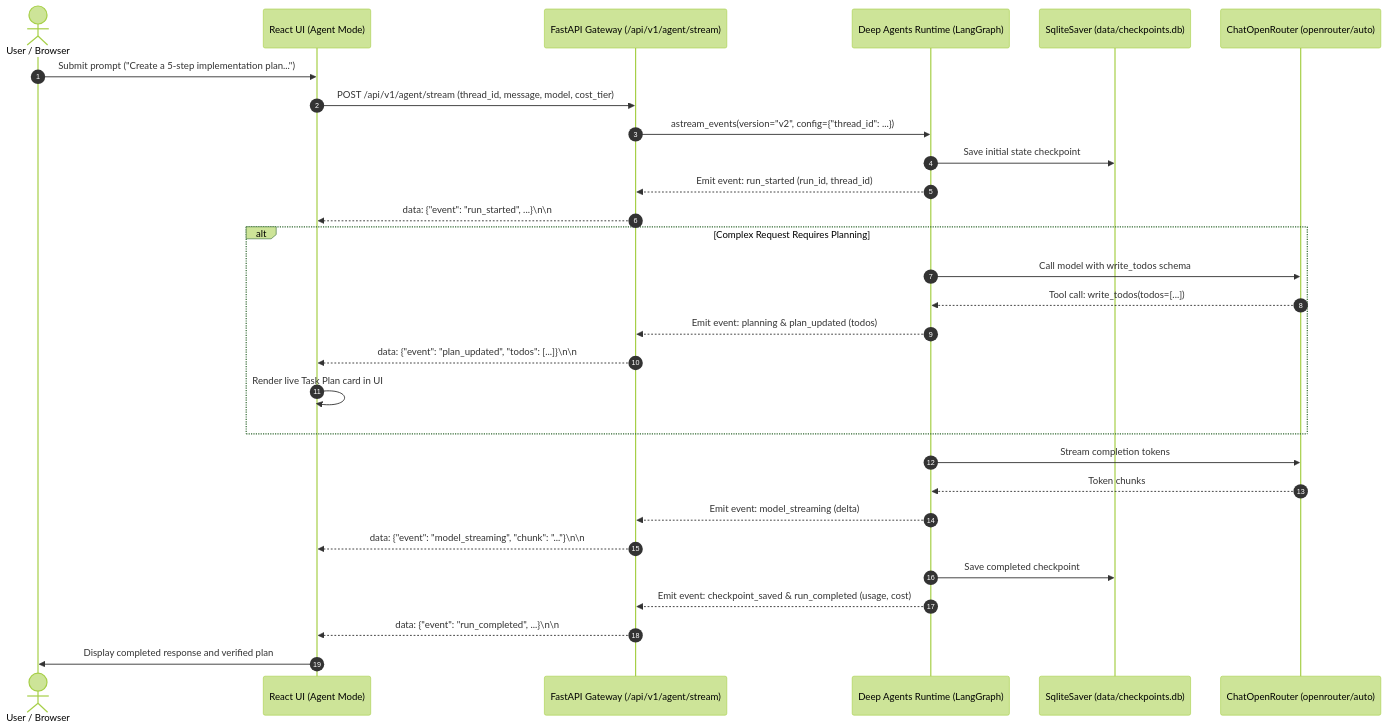
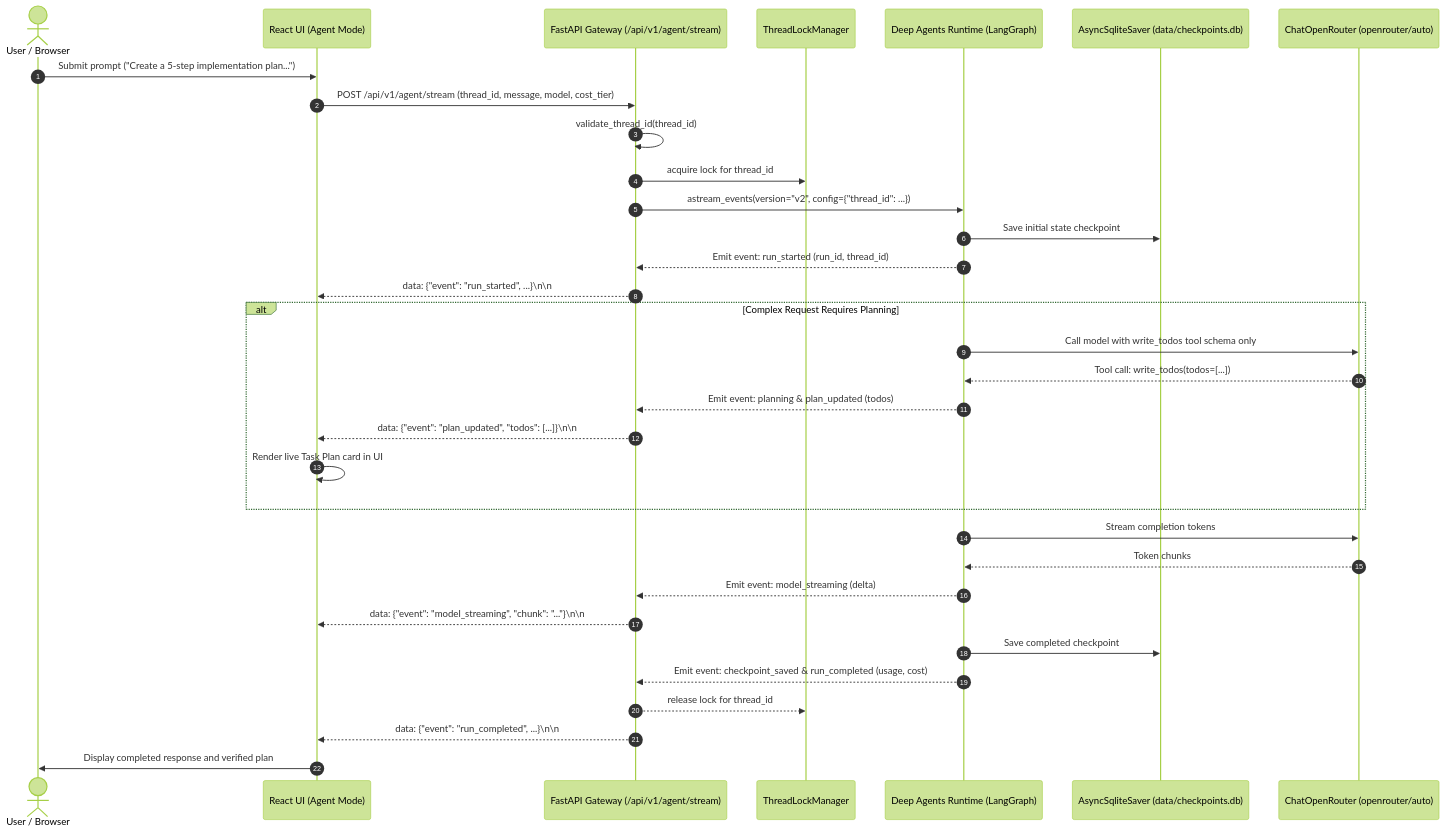
One commit to Aryramy/javed changed the diagram in docs/bricks/BRICK-004.md. Above: the diagram before and after it, drawn with Mermaid (forest theme). The commit also changed other lines of this file and 11 other files, not shown here.

First line of the commit message:
feat(agent): harden BRICK-004 with positive tool allowlist, thread validation, and concurrency serialization

````diff
--- a/docs/bricks/BRICK-004.md
+++ b/docs/bricks/BRICK-004.md
@@ -47,35 +54,39 @@
 ```mermaid
 sequenceDiagram
     autonumber
     actor User as User / Browser
     participant UI as React UI (Agent Mode)
     participant API as FastAPI Gateway (/api/v1/agent/stream)
+    participant Lock as ThreadLockManager
     participant Agent as Deep Agents Runtime (LangGraph)
-    participant Checkpointer as SqliteSaver (data/checkpoints.db)
+    participant Checkpointer as AsyncSqliteSaver (data/checkpoints.db)
     participant LLM as ChatOpenRouter (openrouter/auto)
 
     User->>UI: Submit prompt ("Create a 5-step implementation plan...")
     UI->>API: POST /api/v1/agent/stream (thread_id, message, model, cost_tier)
+    API->>API: validate_thread_id(thread_id)
+    API->>Lock: acquire lock for thread_id
     API->>Agent: astream_events(version="v2", config={"thread_id": ...})
     Agent->>Checkpointer: Save initial state checkpoint
     Agent-->>API: Emit event: run_started (run_id, thread_id)
     API-->>UI: data: {"event": "run_started", ...}\n\n
     
     alt Complex Request Requires Planning
-        Agent->>LLM: Call model with write_todos schema
+        Agent->>LLM: Call model with write_todos tool schema only
         LLM-->>Agent: Tool call: write_todos(todos=[...])
         Agent-->>API: Emit event: planning & plan_updated (todos)
         API-->>UI: data: {"event": "plan_updated", "todos": [...]}\n\n
         UI->>UI: Render live Task Plan card in UI
     end
 
     Agent->>LLM: Stream completion tokens
     LLM-->>Agent: Token chunks
     Agent-->>API: Emit event: model_streaming (delta)
     API-->>UI: data: {"event": "model_streaming", "chunk": "..."}\n\n
 
     Agent->>Checkpointer: Save completed checkpoint
     Agent-->>API: Emit event: checkpoint_saved & run_completed (usage, cost)
+    API-->>Lock: release lock for thread_id
     API-->>UI: data: {"event": "run_completed", ...}\n\n
     UI->>User: Display completed response and verified plan
 ```
````
